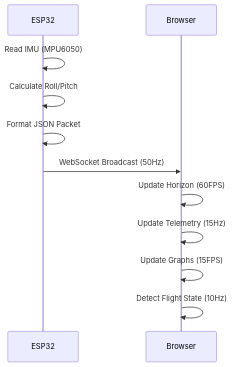
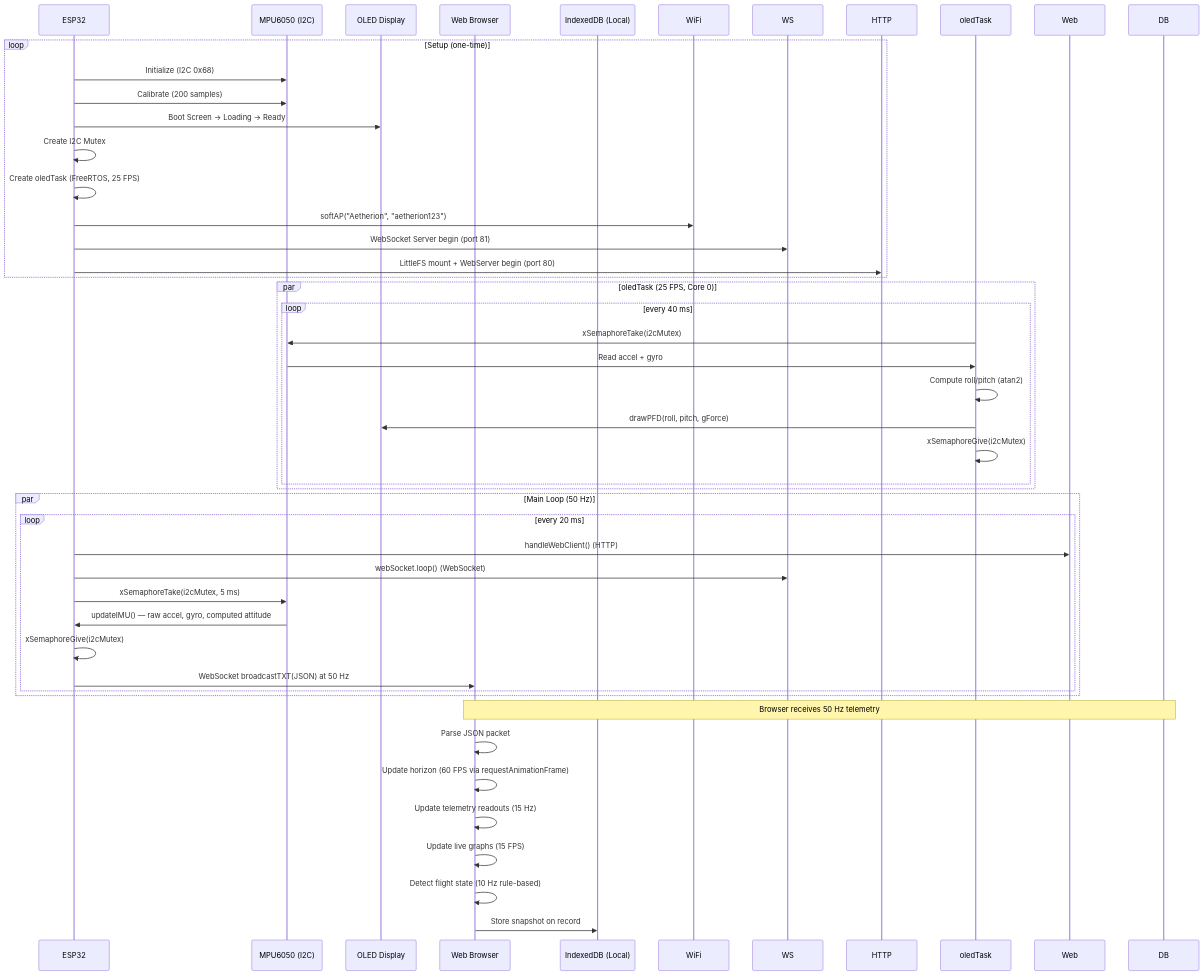
Before and after one commit to GavishtK/AeThEriON: the third of 5 diagrams in README.md, drawn with Mermaid. The commit also changed other lines of this file and 23 other files, not shown here.

Commit message:
docs: comprehensive README with architecture, screenshots, and full documentation

````diff
--- a/README.md
+++ b/README.md
@@ -42,14 +141,48 @@
 ```mermaid
 sequenceDiagram
     participant ESP32 as ESP32
-    participant Browser as Browser
-    
-    ESP32->>ESP32: Read IMU (MPU6050)
-    ESP32->>ESP32: Calculate Roll/Pitch
-    ESP32->>ESP32: Format JSON Packet
-    ESP32->>Browser: WebSocket Broadcast (50Hz)
-    Browser->>Browser: Update Horizon (60FPS)
-    Browser->>Browser: Update Telemetry (15Hz)
-    Browser->>Browser: Update Graphs (15FPS)
-    Browser->>Browser: Detect Flight State (10Hz)
+    participant IMU as MPU6050 (I2C)
+    participant OLED as OLED Display
+    participant Browser as Web Browser
+    participant IndexedDB as IndexedDB (Local)
+
+    loop Setup (one-time)
+        ESP32->>IMU: Initialize (I2C 0x68)
+        ESP32->>IMU: Calibrate (200 samples)
+        ESP32->>OLED: Boot Screen → Loading → Ready
+        ESP32->>ESP32: Create I2C Mutex
+        ESP32->>ESP32: Create oledTask (FreeRTOS, 25 FPS)
+        ESP32->>WiFi: softAP("Aetherion", "aetherion123")
+        ESP32->>WS: WebSocket Server begin (port 81)
+        ESP32->>HTTP: LittleFS mount + WebServer begin (port 80)
+    end
+
+    par oledTask (25 FPS, Core 0)
+        loop every 40 ms
+            oledTask->>IMU: xSemaphoreTake(i2cMutex)
+            IMU->>oledTask: Read accel + gyro
+            oledTask->>oledTask: Compute roll/pitch (atan2)
+            oledTask->>OLED: drawPFD(roll, pitch, gForce)
+            oledTask->>oledTask: xSemaphoreGive(i2cMutex)
+        end
+    end
+
+    par Main Loop (50 Hz)
+        loop every 20 ms
+            ESP32->>Web: handleWebClient() (HTTP)
+            ESP32->>WS: webSocket.loop() (WebSocket)
+            ESP32->>IMU: xSemaphoreTake(i2cMutex, 5 ms)
+            IMU->>ESP32: updateIMU() — raw accel, gyro, computed attitude
+            ESP32->>ESP32: xSemaphoreGive(i2cMutex)
+            ESP32->>Browser: WebSocket broadcastTXT(JSON) at 50 Hz
+        end
+    end
+
+    Note over Browser,DB: Browser receives 50 Hz telemetry
+    Browser->>Browser: Parse JSON packet
+    Browser->>Browser: Update horizon (60 FPS via requestAnimationFrame)
+    Browser->>Browser: Update telemetry readouts (15 Hz)
+    Browser->>Browser: Update live graphs (15 FPS)
+    Browser->>Browser: Detect flight state (10 Hz rule-based)
+    Browser->>IndexedDB: Store snapshot on record
 ```
````
